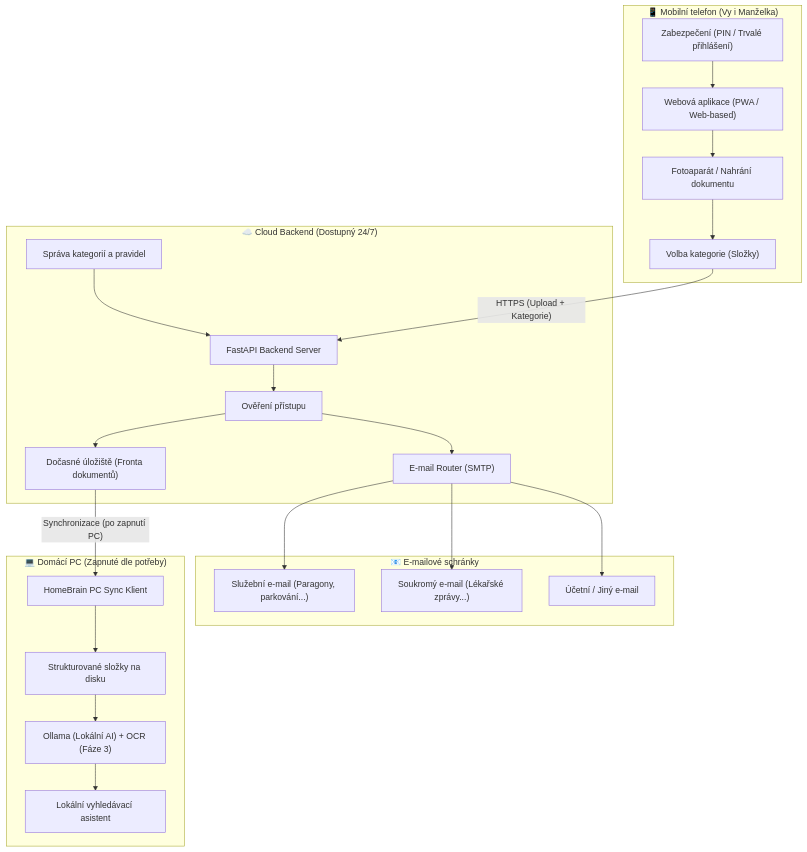
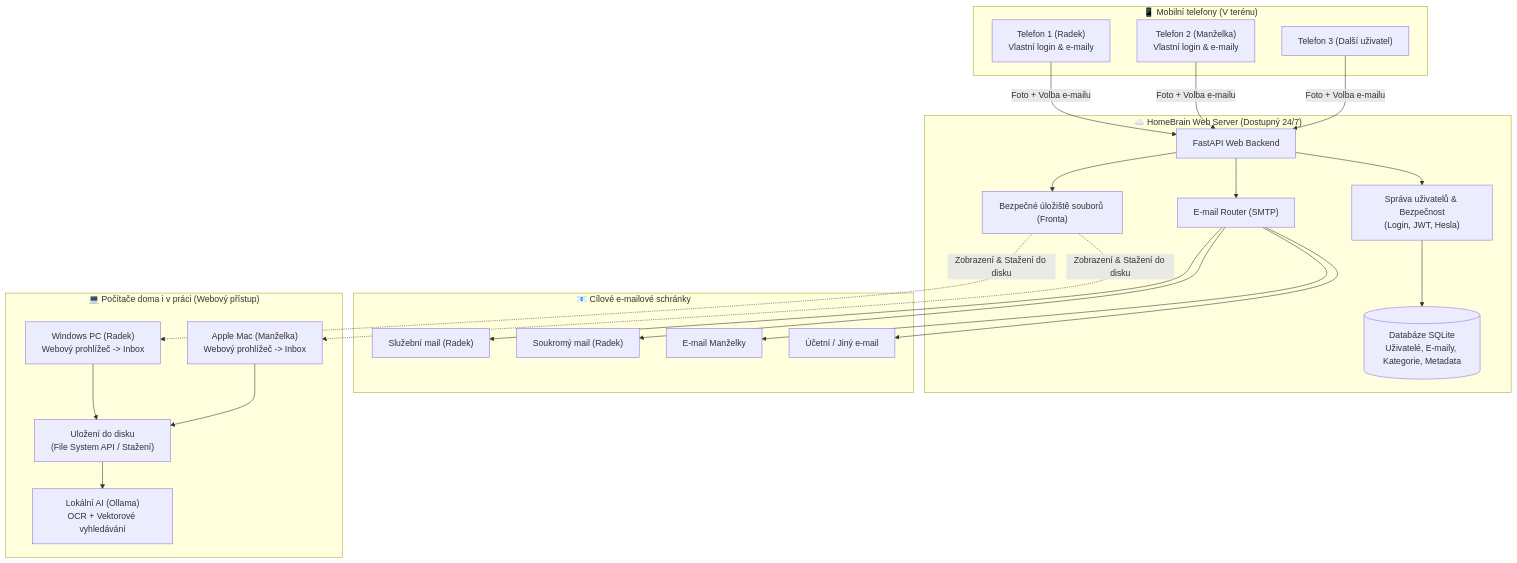
The diagram in docs/PROJECT_SPEC.md (Zllomacher/HomeBrain), drawn with Mermaid before and after one commit. The commit also changed other lines of this file and 1 other file, not shown here.

Commit message:
docs: update specification for multi-user web-based architecture (PC & Mac)

````diff
--- a/docs/PROJECT_SPEC.md
+++ b/docs/PROJECT_SPEC.md
@@ -33,49 +37,51 @@
 ```mermaid
 flowchart TD
-    subgraph Mobilní telefon ["📱 Mobilní telefon (Vy i Manželka)"]
-        UI["Webová aplikace (PWA / Web-based)"]
-        PIN["Zabezpečení (PIN / Trvalé přihlášení)"]
-        CAM["Fotoaparát / Nahrání dokumentu"]
-        CAT["Volba kategorie (Složky)"]
-        
-        PIN --> UI
-        UI --> CAM
-        CAM --> CAT
+    subgraph Mobily ["📱 Mobilní telefony (V terénu)"]
+        U1["Telefon 1 (Radek)<br/>Vlastní login & e-maily"]
+        U2["Telefon 2 (Manželka)<br/>Vlastní login & e-maily"]
+        U3["Telefon 3 (Další uživatel)"]
     end
 
-    subgraph Cloud Server ["☁️ Cloud Backend (Dostupný 24/7)"]
-        API["FastAPI Backend Server"]
-        AUTH["Ověření přístupu"]
-        MAIL["E-mail Router (SMTP)"]
-        QUEUE["Dočasné úložiště (Fronta dokumentů)"]
-        CONF["Správa kategorií a pravidel"]
+    subgraph CloudApp ["☁️ HomeBrain Web Server (Dostupný 24/7)"]
+        API["FastAPI Web Backend"]
+        AUTH["Správa uživatelů & Bezpečnost<br/>(Login, JWT, Hesla)"]
+        ROUTER["E-mail Router (SMTP)"]
+        DB[(Databáze SQLite<br/>Uživatelé, E-maily, Kategorie, Metadata)]
+        STORAGE["Bezpečné úložiště souborů (Fronta)"]
 
         API --> AUTH
-        AUTH --> MAIL
-        AUTH --> QUEUE
-        CONF --> API
+        AUTH --> DB
+        API --> ROUTER
+        API --> STORAGE
     end
 
-    subgraph Prijemci ["📧 E-mailové schránky"]
-        M1["Služební e-mail (Paragony, parkování...)"]
-        M2["Soukromý e-mail (Lékařské zprávy...)"]
-        M3["Účetní / Jiný e-mail"]
+    subgraph EmailSvet ["📧 Cílové e-mailové schránky"]
+        E1["Služební mail (Radek)"]
+        E2["Soukromý mail (Radek)"]
+        E3["E-mail Manželky"]
+        E4["Účetní / Jiný e-mail"]
     end
 
-    subgraph Domaci PC ["💻 Domácí PC (Zapnuté dle potřeby)"]
-        SYNC["HomeBrain PC Sync Klient"]
-        STORAGE["Strukturované složky na disku"]
-        AI["Ollama (Lokální AI) + OCR (Fáze 3)"]
-        CHAT["Lokální vyhledávací asistent"]
+    subgraph Pocitace ["💻 Počítače doma i v práci (Webový přístup)"]
+        PC1["Windows PC (Radek)<br/>Webový prohlížeč -> Inbox"]
+        MAC["Apple Mac (Manželka)<br/>Webový prohlížeč -> Inbox"]
+        FS["Uložení do disku<br/>(File System API / Stažení)"]
+        OLLAMA["Lokální AI (Ollama)<br/>OCR + Vektorové vyhledávání"]
 
-        SYNC --> STORAGE
-        STORAGE --> AI
-        AI --> CHAT
+        PC1 --> FS
+        MAC --> FS
+        FS --> OLLAMA
     end
 
-    CAT -- "HTTPS (Upload + Kategorie)" --> API
-    MAIL --> M1
-    MAIL --> M2
-    MAIL --> M3
-    QUEUE -- "Synchronizace (po zapnutí PC)" --> SYNC
+    U1 -- "Foto + Volba e-mailu" --> API
+    U2 -- "Foto + Volba e-mailu" --> API
+    U3 -- "Foto + Volba e-mailu" --> API
+
+    ROUTER --> E1
+    ROUTER --> E2
+    ROUTER --> E3
+    ROUTER --> E4
+
+    STORAGE -. "Zobrazení & Stažení do disku" .-> PC1
+    STORAGE -. "Zobrazení & Stažení do disku" .-> MAC
 ```
````
